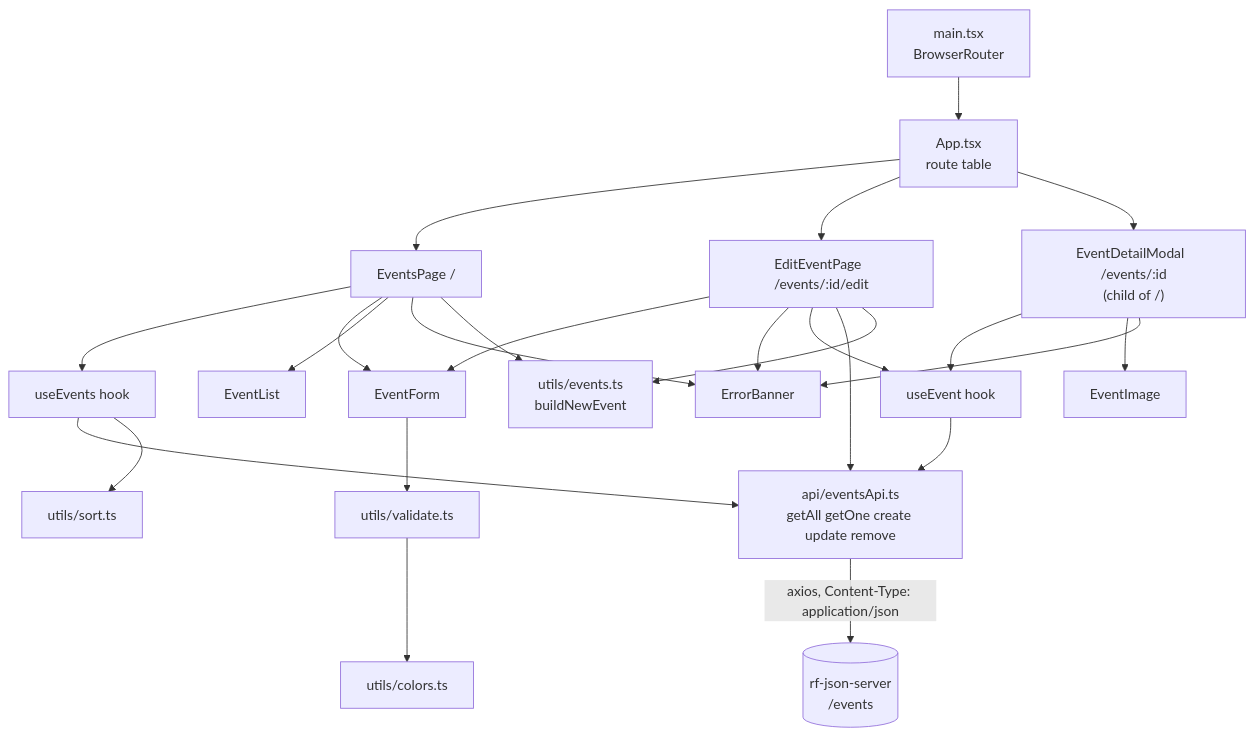
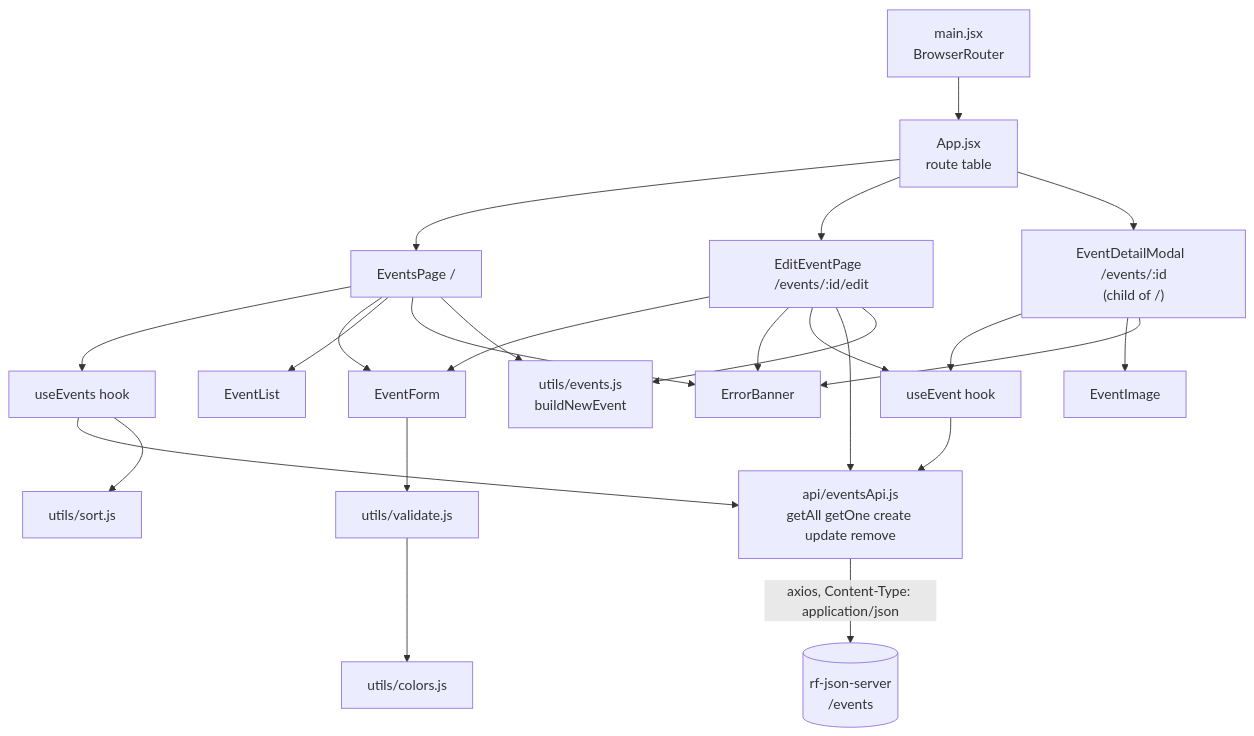
One commit to runningc1/events-app changed the first of 9 diagrams in docs/architecture.md. Above: the diagram before and after it, drawn with Mermaid. The commit also changed other lines of this file and 48 other files, not shown here.

````diff
--- a/docs/architecture.md
+++ b/docs/architecture.md
@@ -9,29 +9,29 @@
 ```mermaid
 flowchart TB
-  main[main.tsx<br/>BrowserRouter] --> App[App.tsx<br/>route table]
+  main[main.jsx<br/>BrowserRouter] --> App[App.jsx<br/>route table]
   App --> EventsPage["EventsPage  /"]
   App --> EditEventPage["EditEventPage  /events/:id/edit"]
   App --> Modal["EventDetailModal  /events/:id<br/>(child of /)"]
 
   EventsPage --> useEvents[useEvents hook]
   EventsPage --> EventForm
   EventsPage --> EventList
   EventsPage --> ErrorBanner
   EditEventPage --> EventForm
   EditEventPage --> ErrorBanner
   EditEventPage --> useEvent[useEvent hook]
   EditEventPage --> api
   Modal --> useEvent
   useEvent --> api
   Modal --> EventImage
   Modal --> ErrorBanner
 
-  useEvents --> api[api/eventsApi.ts<br/>getAll getOne create update remove]
-  useEvents --> sort[utils/sort.ts]
-  EventForm --> validate[utils/validate.ts]
-  validate --> colors[utils/colors.ts]
-  EventsPage --> events[utils/events.ts<br/>buildNewEvent]
+  useEvents --> api[api/eventsApi.js<br/>getAll getOne create update remove]
+  useEvents --> sort[utils/sort.js]
+  EventForm --> validate[utils/validate.js]
+  validate --> colors[utils/colors.js]
+  EventsPage --> events[utils/events.js<br/>buildNewEvent]
   EditEventPage --> events
 
   api -->|axios, Content-Type: application/json| Server[(rf-json-server<br/>/events)]
 ```
````
